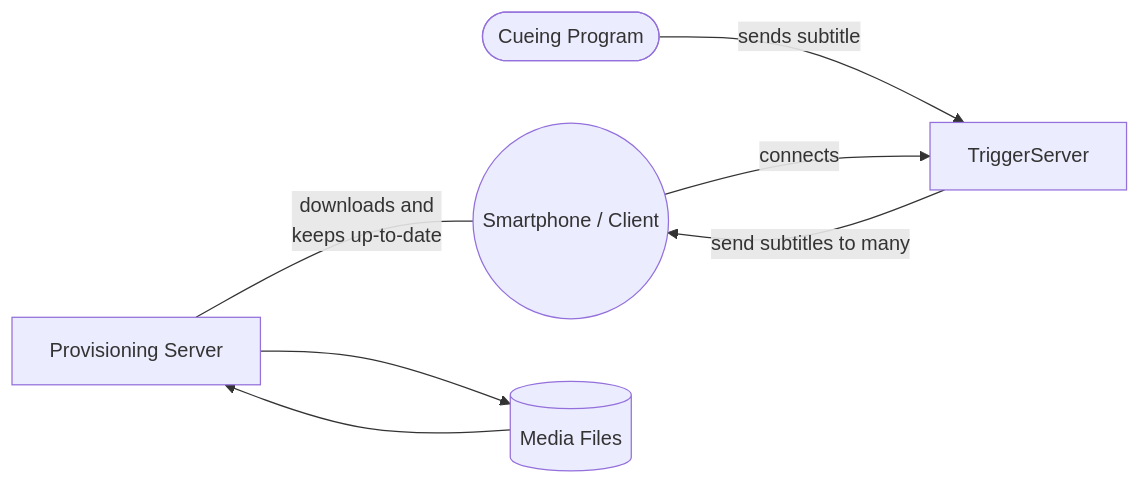
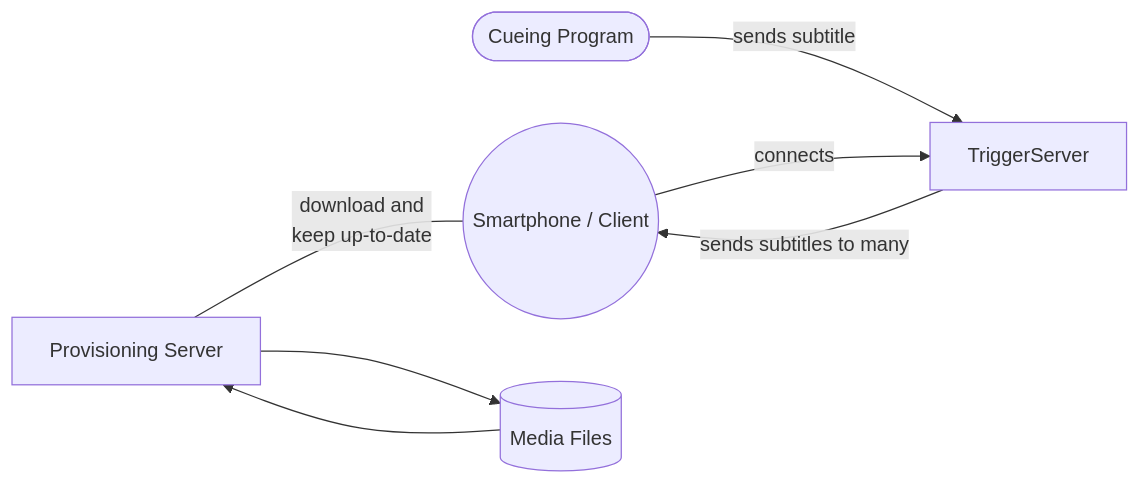
Before and after one commit to prototypefund/open-theater-api: the diagram in README.md, drawn with Mermaid. The commit also changed other lines of this file, not shown here.

Commit message:
changed table of content position

````diff
--- a/README.md
+++ b/README.md
@@ -18,15 +16,15 @@
 ```mermaid
 graph LR;
      ProvisioningServer[Provisioning Server<br>]
      CueingProgram([Cueing Program])
      Smartphone((Smartphone / Client))
      FileServer[(Media Files)]
 
     CueingProgram-- sends subtitle -->TriggerServer;
-    TriggerServer-- send subtitles to many-->Smartphone;
+    TriggerServer-- sends subtitles to many-->Smartphone;
     Smartphone-- connects -->TriggerServer;
     ProvisioningServer-->FileServer;
     FileServer-->ProvisioningServer;
-    ProvisioningServer---|downloads and <br> keeps up-to-date|Smartphone;
+    ProvisioningServer---|download and <br> keep up-to-date|Smartphone;
 
 ```
````
